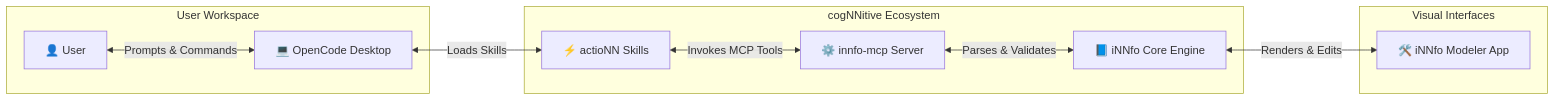
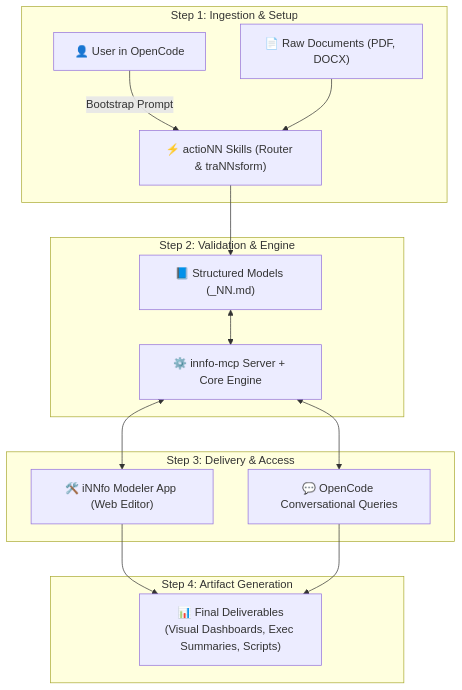
Before and after one commit to cogNNitive/actioNN: the diagram in docs/index.md, drawn with Mermaid. The commit also changed other lines of this file and 1 other file, not shown here.

Commit message:
docs: implement option 20 master vertical diagram

````diff
--- a/docs/index.md
+++ b/docs/index.md
@@ -26,16 +26,21 @@
 ```mermaid
-flowchart LR
-    subgraph UserSpace["User Workspace"]
-        A["👤 User"] <-->|Prompts & Commands| B["💻 OpenCode Desktop"]
+flowchart TD
+    subgraph Step1["Step 1: Ingestion & Setup"]
+        U["👤 User in OpenCode"] -->|Bootstrap Prompt| Router["⚡ actioNN Skills (Router & traNNsform)"]
+        RawDocs["📄 Raw Documents (PDF, DOCX)"] --> Router
     end
 
-    subgraph cogNNitiveEcosystem["cogNNitive Ecosystem"]
-        B <-->|Loads Skills| C["⚡ actioNN Skills"]
-        C <-->|Invokes MCP Tools| D["⚙️ innfo-mcp Server"]
-        D <-->|Parses & Validates| E["📘 iNNfo Core Engine"]
+    subgraph Step2["Step 2: Validation & Engine"]
+        Router --> Models["📘 Structured Models (_NN.md)"]
+        Models <--> MCP["⚙️ innfo-mcp Server + Core Engine"]
     end
 
-    subgraph VisualApps["Visual Interfaces"]
-        E <-->|Renders & Edits| F["🛠️ iNNfo Modeler App"]
+    subgraph Step3["Step 3: Delivery & Access"]
+        MCP <--> Modeler["🛠️ iNNfo Modeler App (Web Editor)"]
+        MCP <--> AgentChat["💬 OpenCode Conversational Queries"]
+    end
+
+    subgraph Step4["Step 4: Artifact Generation"]
+        Modeler & AgentChat --> Artifacts["📊 Final Deliverables\n(Visual Dashboards, Exec Summaries, Scripts)"]
     end
 ```
````
